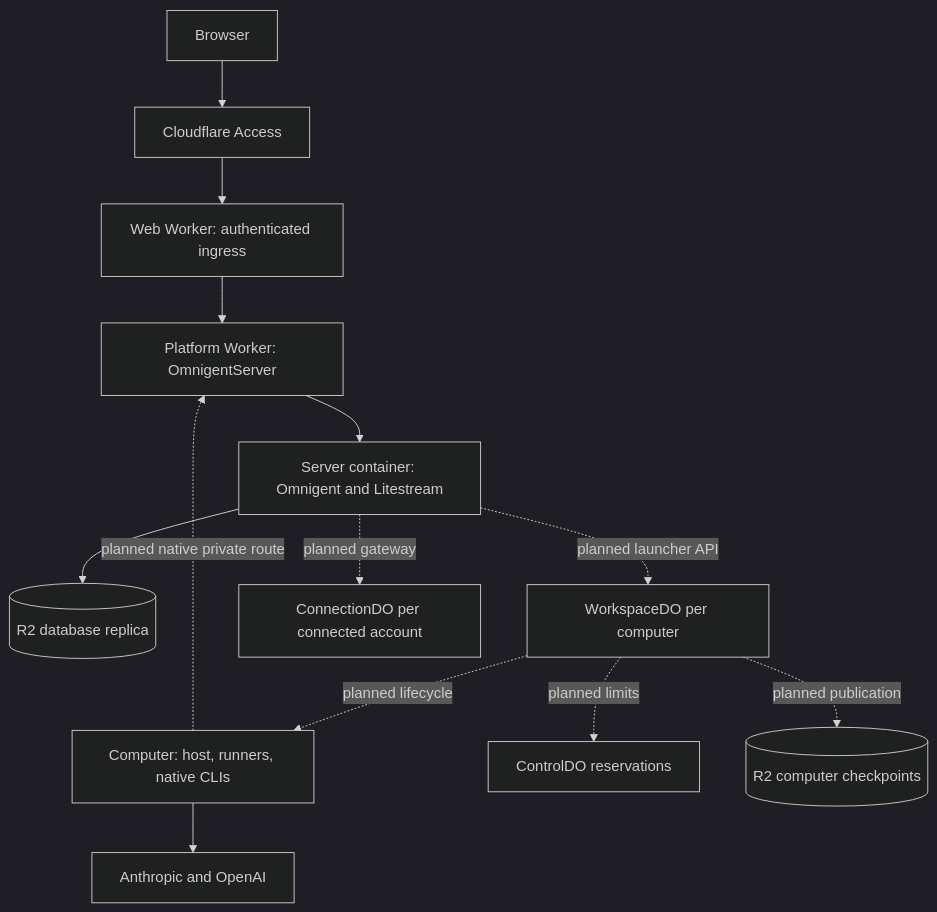
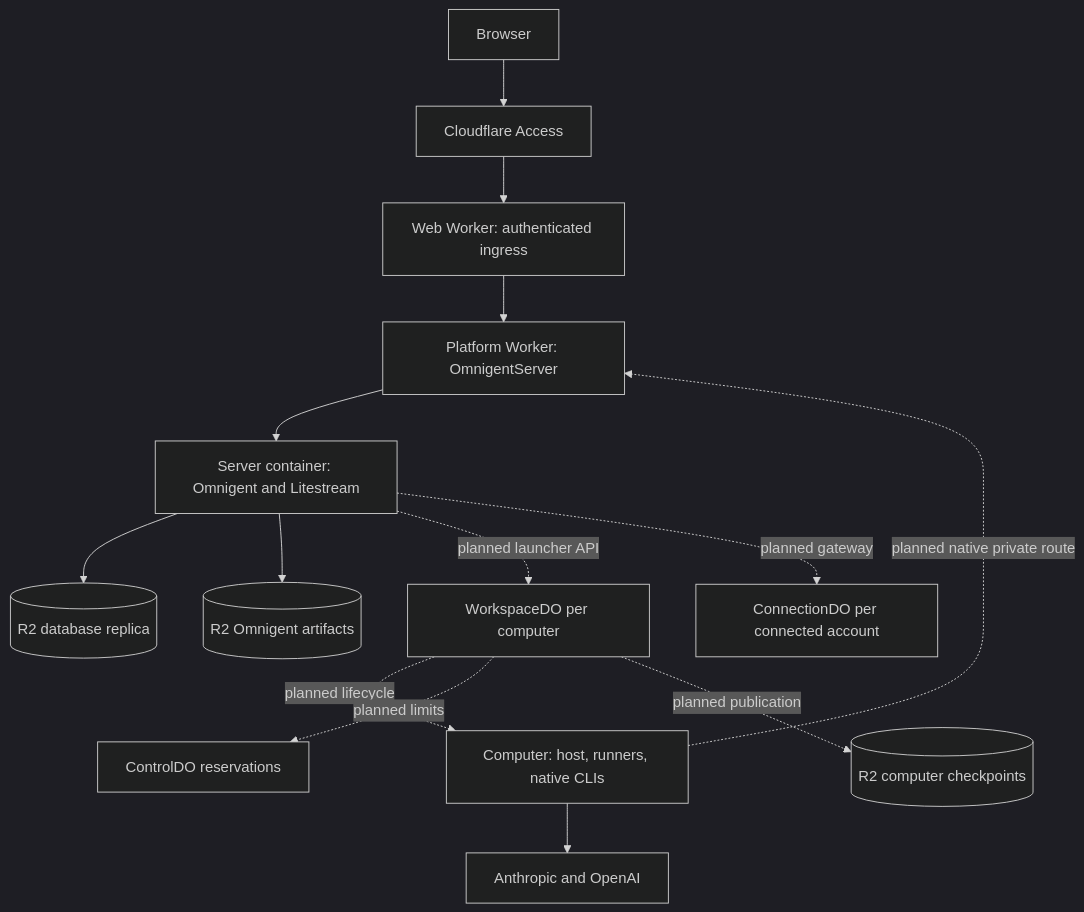
The diagram in docs/architecture.md (LouisLotter/cloudflare-omnigent), drawn with Mermaid (dark theme) before and after one commit. The commit also changed other lines of this file and 4 other files, not shown here.

````diff
--- a/docs/architecture.md
+++ b/docs/architecture.md
@@ -21,15 +21,16 @@
 ```mermaid
 flowchart TD
   Person[Browser] --> Access[Cloudflare Access]
   Access --> Web[Web Worker: authenticated ingress]
   Web --> ServerDO[Platform Worker: OmnigentServer]
   ServerDO --> Server[Server container: Omnigent and Litestream]
   Server --> Replica[(R2 database replica)]
+  Server --> Artifacts[(R2 Omnigent artifacts)]
   Server -. planned launcher API .-> Workspace[WorkspaceDO per computer]
   Workspace -. planned lifecycle .-> Computer[Computer: host, runners, native CLIs]
   Computer -. planned native private route .-> ServerDO
   Computer --> Models[Anthropic and OpenAI]
   Workspace -. planned limits .-> Control[ControlDO reservations]
   Workspace -. planned publication .-> Saves[(R2 computer checkpoints)]
   Server -. planned gateway .-> Connections[ConnectionDO per connected account]
 ```
````
